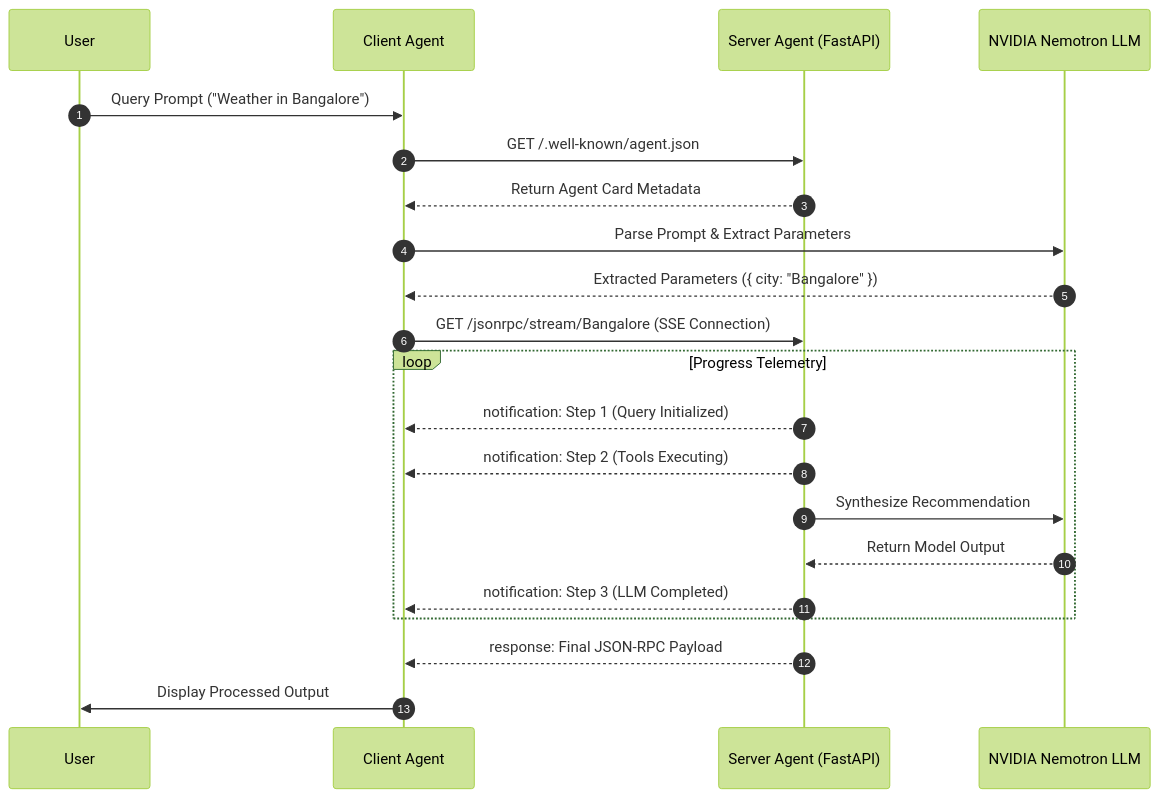
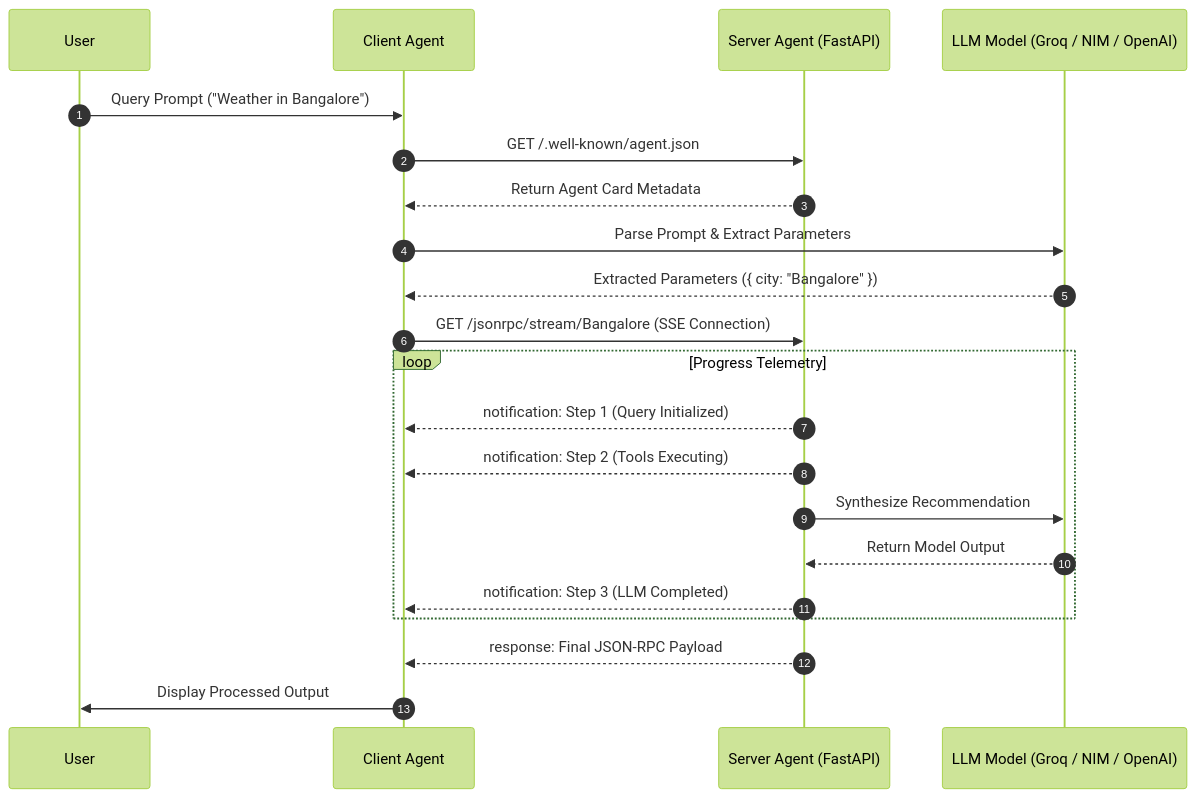
One commit to maheshn567/a2a-protocol-python changed the diagram in README.md. Above: the diagram before and after it, drawn with Mermaid (forest theme). The commit also changed other lines of this file and 2 other files, not shown here.

Commit message:
docs & feat: update README with Open-Meteo live weather API and Groq qwen/qwen3.8-27b details

````diff
--- a/README.md
+++ b/README.md
@@ -51,28 +52,28 @@
 ```mermaid
 sequenceDiagram
     autonumber
     participant User
     participant ClientAgent as Client Agent
     participant ServerAgent as Server Agent (FastAPI)
-    participant LLM as NVIDIA Nemotron LLM
+    participant LLM as LLM Model (Groq / NIM / OpenAI)
 
     User->>ClientAgent: Query Prompt ("Weather in Bangalore")
     ClientAgent->>ServerAgent: GET /.well-known/agent.json
     ServerAgent-->>ClientAgent: Return Agent Card Metadata
 
     ClientAgent->>LLM: Parse Prompt & Extract Parameters
     LLM-->>ClientAgent: Extracted Parameters ({ city: "Bangalore" })
 
     ClientAgent->>ServerAgent: GET /jsonrpc/stream/Bangalore (SSE Connection)
 
     loop Progress Telemetry
         ServerAgent-->>ClientAgent: notification: Step 1 (Query Initialized)
         ServerAgent-->>ClientAgent: notification: Step 2 (Tools Executing)
         ServerAgent->>LLM: Synthesize Recommendation
         LLM-->>ServerAgent: Return Model Output
         ServerAgent-->>ClientAgent: notification: Step 3 (LLM Completed)
     end
 
     ServerAgent-->>ClientAgent: response: Final JSON-RPC Payload
     ClientAgent->>User: Display Processed Output
 ```
````
